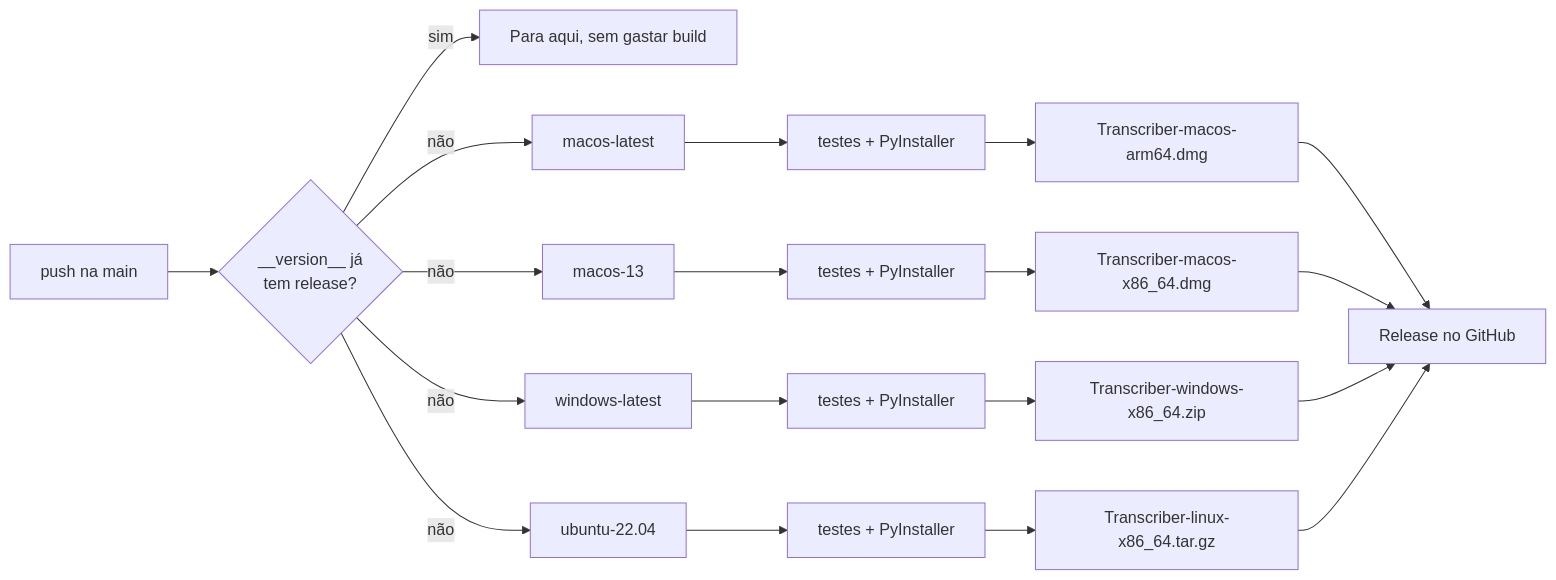
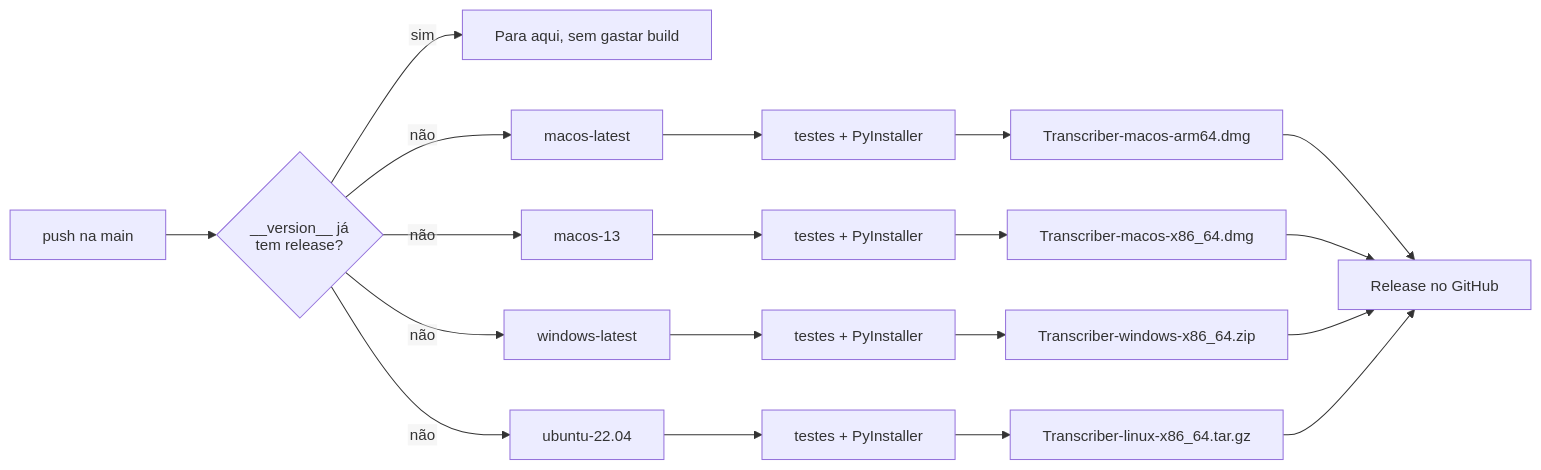
The second of 2 diagrams in README.md (samuelrms/transcribe), drawn with Mermaid before and after one commit. The commit also changed other lines of this file and 1 other file, not shown here.

Commit message:
docs: render Mermaid diagrams with SVG labels to stop text clipping on GitHub

````diff
--- a/README.md
+++ b/README.md
@@ -351,27 +352,28 @@
 ```mermaid
+%%{init: {"htmlLabels": false, "flowchart": {"htmlLabels": false, "padding": 16, "wrappingWidth": 300}, "themeVariables": {"fontFamily": "Arial, Helvetica, sans-serif", "fontSize": "15px"}}}%%
 flowchart LR
     T["push na main"] --> V{"__version__ já<br/>tem release?"}
     V -- sim --> S["Para aqui, sem gastar build"]
     V -- não --> M1["macos-latest"]
     V -- não --> M2
     V -- não --> W
     V -- não --> U
     M2["macos-13"]
     W["windows-latest"]
     U["ubuntu-22.04"]
 
     M1 --> P1["testes + PyInstaller"]
     M2 --> P2["testes + PyInstaller"]
     W --> P3["testes + PyInstaller"]
     U --> P4["testes + PyInstaller"]
 
     P1 --> A1["Transcriber-macos-arm64.dmg"]
     P2 --> A2["Transcriber-macos-x86_64.dmg"]
     P3 --> A3["Transcriber-windows-x86_64.zip"]
     P4 --> A4["Transcriber-linux-x86_64.tar.gz"]
 
     A1 --> R["Release no GitHub"]
     A2 --> R
     A3 --> R
     A4 --> R
 ```
````
